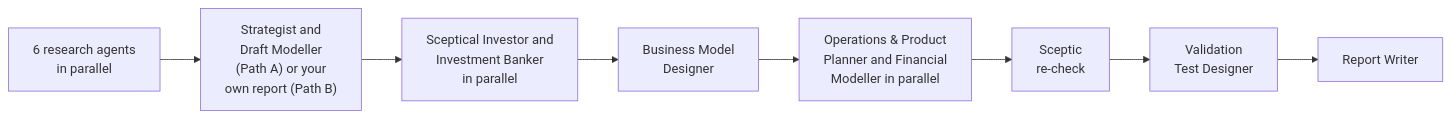
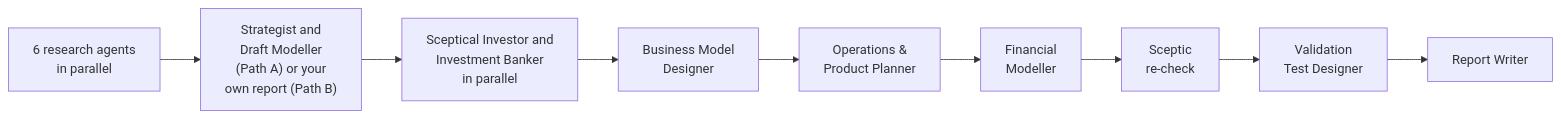
The second of 2 diagrams in README.md (elakarborobhai21/before-you-build), drawn with Mermaid before and after one commit. The commit also changed other lines of this file and 11 other files, not shown here.

````diff
--- a/README.md
+++ b/README.md
@@ -45,10 +45,11 @@
 ```mermaid
 flowchart LR
     A["6 research agents<br/>in parallel"] --> B["Strategist and<br/>Draft Modeller<br/>(Path A) or your<br/>own report (Path B)"]
     B --> C["Sceptical Investor and<br/>Investment Banker<br/>in parallel"]
     C --> D["Business Model<br/>Designer"]
-    D --> D2["Operations & Product<br/>Planner and Financial<br/>Modeller in parallel"]
-    D2 --> E["Sceptic<br/>re-check"]
+    D --> D2["Operations &<br/>Product Planner"]
+    D2 --> D3["Financial<br/>Modeller"]
+    D3 --> E["Sceptic<br/>re-check"]
     E --> F["Validation<br/>Test Designer"]
     F --> G["Report Writer"]
 ```
````
